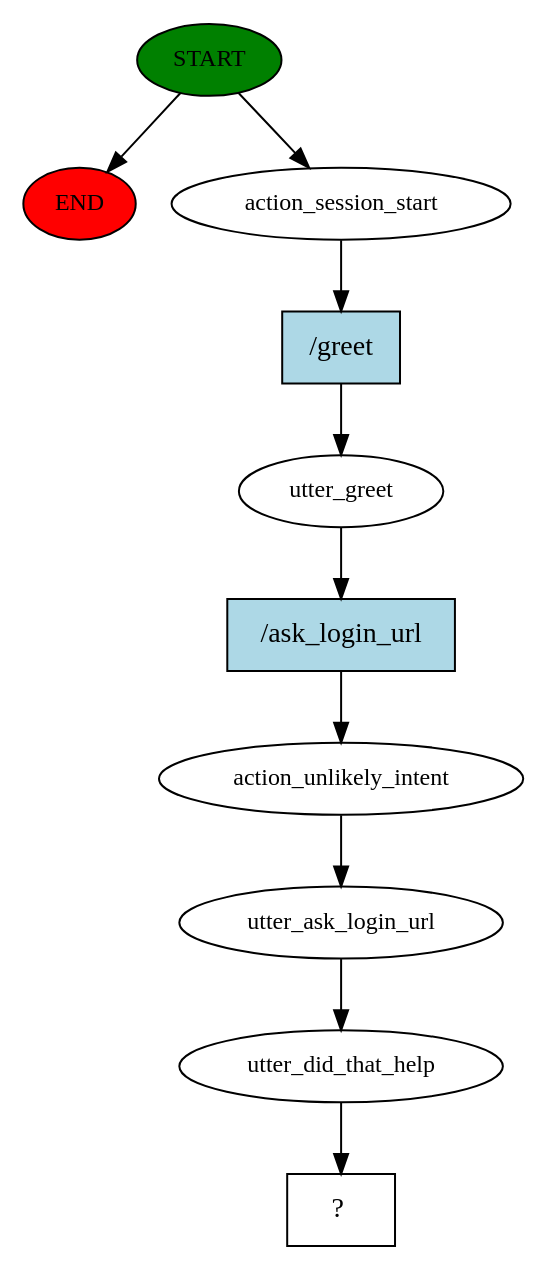
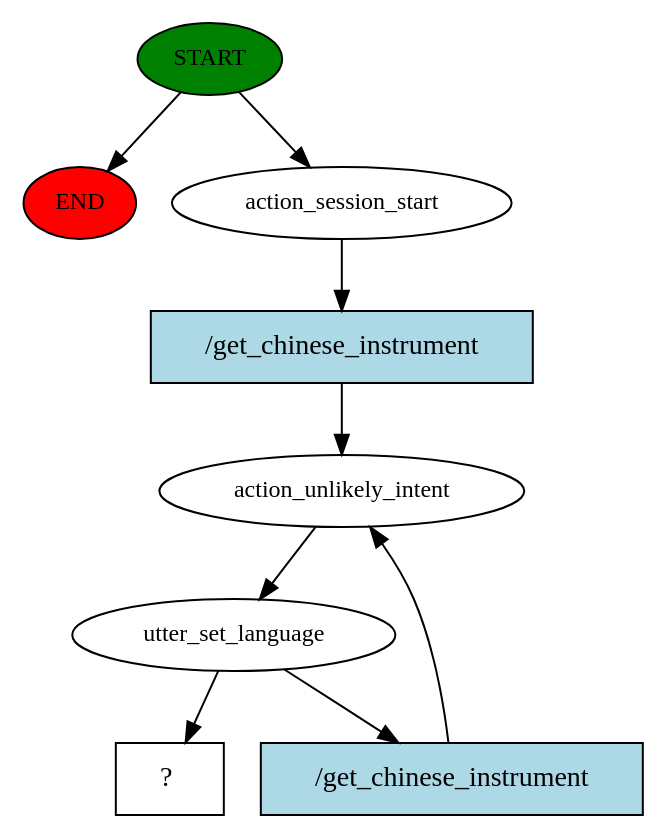
The diagram in rasa/story_graph.dot (echo-cool/COMP3030J-Software-Engineering-Project-Musical-Instrument-Shop), drawn with Graphviz before and after one commit. The commit also changed 4 other files, not shown here.

```diff
--- a/rasa/story_graph.dot
+++ b/rasa/story_graph.dot
@@ -1,21 +1,18 @@
 digraph  {
 0 [class="start active", fillcolor=green, fontsize=12, label=START, style=filled];
 "-1" [class=end, fillcolor=red, fontsize=12, label=END, style=filled];
 1 [class=active, fontsize=12, label=action_session_start];
-2 [class=active, fontsize=12, label=utter_greet];
-3 [class=active, fontsize=12, label=action_unlikely_intent];
-4 [class=active, fontsize=12, label=utter_ask_login_url];
-5 [class=active, fontsize=12, label=utter_did_that_help];
+2 [class=active, fontsize=12, label=action_unlikely_intent];
+3 [class=active, fontsize=12, label=utter_set_language];
 6 [class="intent dashed active", label="  ?  ", shape=rect];
-7 [class="intent active", fillcolor=lightblue, label="/greet", shape=rect, style=filled];
-8 [class="intent active", fillcolor=lightblue, label="/ask_login_url", shape=rect, style=filled];
+7 [class="intent active", fillcolor=lightblue, label="/get_chinese_instrument", shape=rect, style=filled];
+8 [class="intent active", fillcolor=lightblue, label="/get_chinese_instrument", shape=rect, style=filled];
 0 -> "-1"  [class="", key=NONE, label=""];
 0 -> 1  [class=active, key=NONE, label=""];
 1 -> 7  [class=active, key=0];
-2 -> 8  [class=active, key=0];
-3 -> 4  [class=active, key=NONE, label=""];
-4 -> 5  [class=active, key=NONE, label=""];
-5 -> 6  [class=active, key=NONE, label=""];
+2 -> 3  [class=active, key=NONE, label=""];
+3 -> 6  [class=active, key=NONE, label=""];
+3 -> 8  [class=active, key=0];
 7 -> 2  [class=active, key=0];
-8 -> 3  [class=active, key=0];
+8 -> 2  [class=active, key=0];
 }
```
